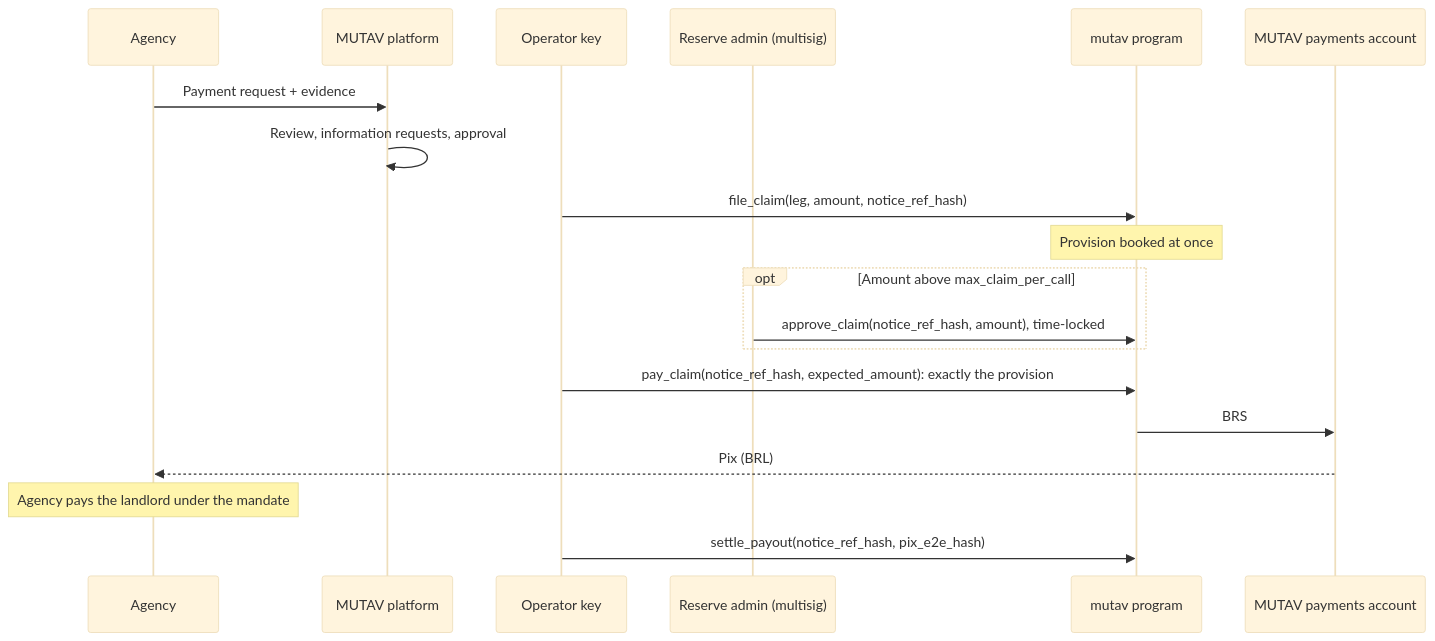
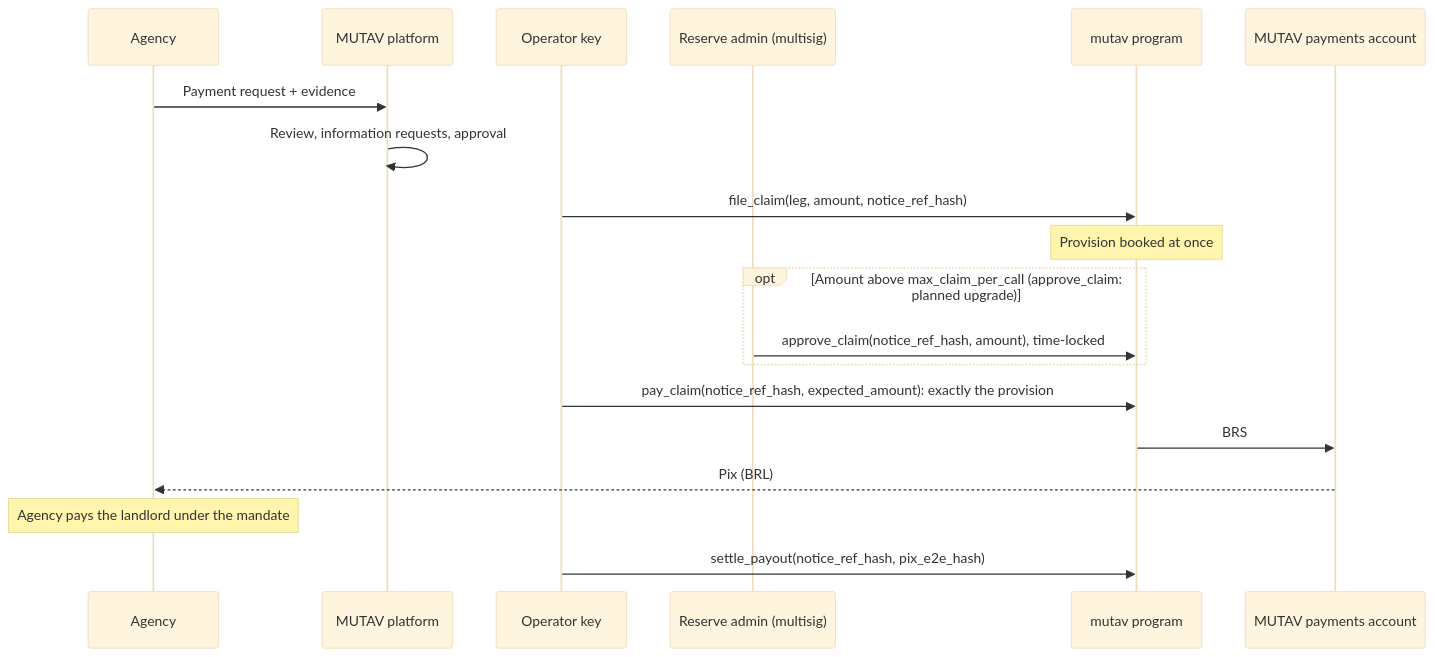
One commit to mutav-finance/mutav-protocol-solana changed the first of 2 diagrams in docs/for-agencies/claims.md. Above: the diagram before and after it, drawn with Mermaid (base theme). The commit also changed other lines of this file and 13 other files, not shown here.

````diff
--- a/docs/for-agencies/claims.md
+++ b/docs/for-agencies/claims.md
@@ -9,21 +9,21 @@
 ```mermaid
 sequenceDiagram
   participant Ag as Agency
   participant Pl as MUTAV platform
   participant Op as Operator key
   participant Ad as Reserve admin (multisig)
   participant Pr as mutav program
   participant PA as MUTAV payments account
   Ag->>Pl: Payment request + evidence
   Pl->>Pl: Review, information requests, approval
   Op->>Pr: file_claim(leg, amount, notice_ref_hash)
   Note over Pr: Provision booked at once
-  opt Amount above max_claim_per_call
+  opt Amount above max_claim_per_call (approve_claim: planned upgrade)
     Ad->>Pr: approve_claim(notice_ref_hash, amount), time-locked
   end
   Op->>Pr: pay_claim(notice_ref_hash, expected_amount): exactly the provision
   Pr->>PA: BRS
   PA-->>Ag: Pix (BRL)
   Note over Ag: Agency pays the landlord under the mandate
   Op->>Pr: settle_payout(notice_ref_hash, pix_e2e_hash)
 ```
````
